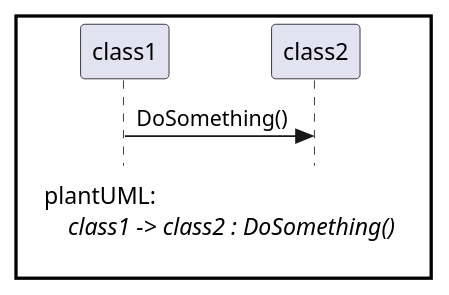
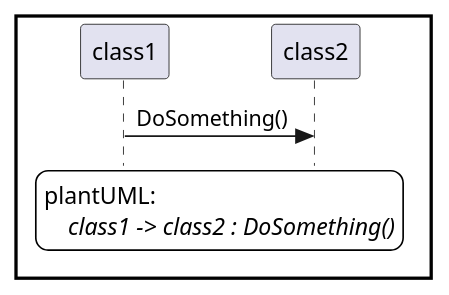
Before and after one commit to chraxo/UmlMarkdownCheatSheet: the fourth of 31 diagrams in uml_markdown_summary.md, drawn with PlantUML. The commit also changed other lines of this file, not shown here.

```diff
--- a/uml_markdown_summary.md
+++ b/uml_markdown_summary.md
@@ -335,20 +337,20 @@
 @startuml
     skinparam legendFontName Consolas
     skinparam noteFontName Consolas
     skinparam noteBackgroundColor white
     skinparam legendBackgroundColor white
-    skinparam legendBorderColor white
+    ' skinparam legendBorderColor white
     skinparam DiagramBorderColor black
     skinparam DiagramBorderThickness 2
     skinparam style strictuml
     'skinparam monochrome true
 
     ' title Sequence Diagram
 
     class1 -> class2 : DoSomething()
 
     legend
         plantUML:
             //class1 -> class2 : DoSomething()//
     end legend
 @enduml
```
